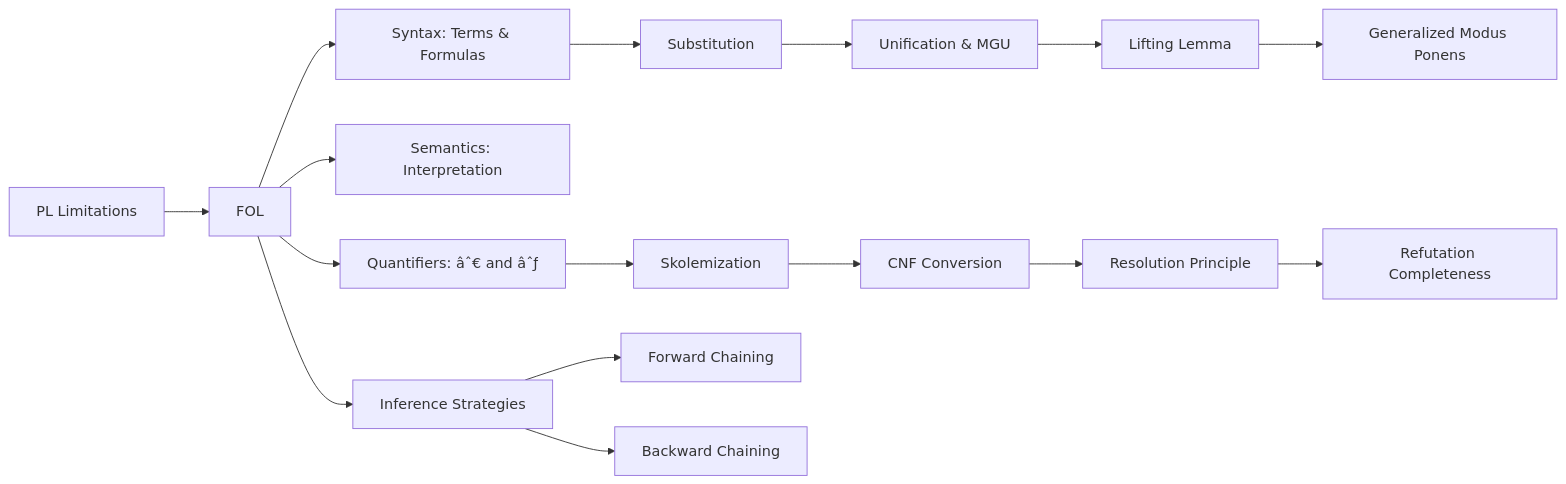
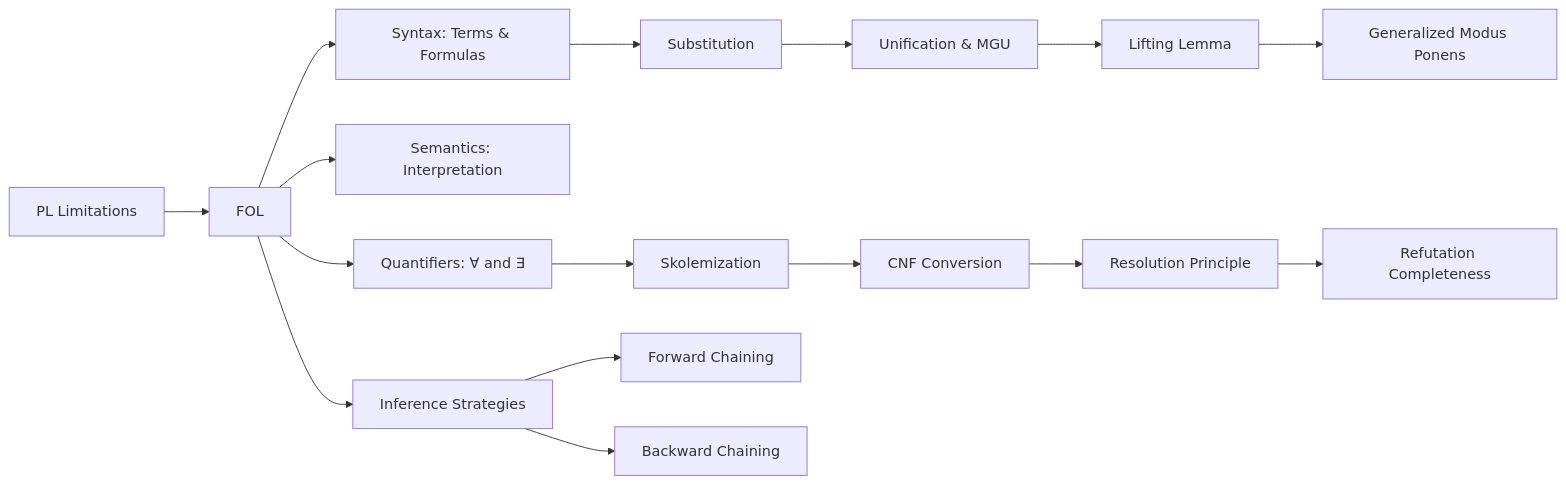
One commit to Raushan666java/ai-engineering-journey changed the diagram in docs/courses/artificial-intelligence/07-fol.md. Above: the diagram before and after it, drawn with Mermaid. The commit also changed other lines of this file and 965 other files, not shown here.

````diff
--- a/docs/courses/artificial-intelligence/07-fol.md
+++ b/docs/courses/artificial-intelligence/07-fol.md
@@ -61,18 +61,18 @@
 ```mermaid
 flowchart LR
     A[PL Limitations] --> B[FOL]
     B --> C[Syntax: Terms & Formulas]
     B --> D[Semantics: Interpretation]
-    B --> E[Quantifiers: âˆ€ and âˆƒ]
+    B --> E[Quantifiers: ∀ and ∃]
     C --> F[Substitution]
     F --> G[Unification & MGU]
     E --> H[Skolemization]
     H --> I[CNF Conversion]
     I --> J[Resolution Principle]
     B --> K[Inference Strategies]
     K --> L[Forward Chaining]
     K --> M[Backward Chaining]
     G --> N[Lifting Lemma]
     N --> O[Generalized Modus Ponens]
     J --> P[Refutation Completeness]
 ```
````
